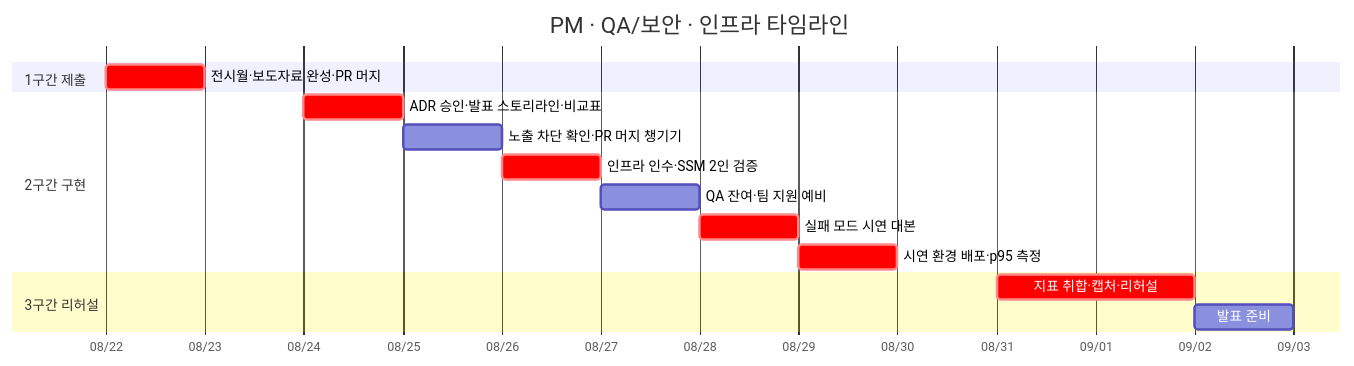
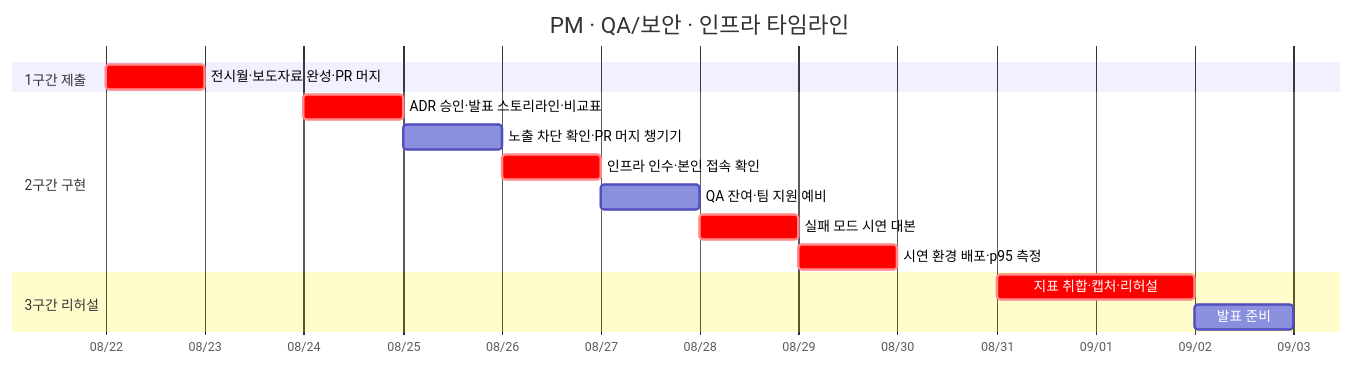
Before and after one commit to team-savers/savers-project: the diagram in docs/역할_일정/01-기획총괄.md, drawn with Mermaid. The commit also changed other lines of this file and 8 other files, not shown here.

````diff
--- a/docs/역할_일정/01-기획총괄.md
+++ b/docs/역할_일정/01-기획총괄.md
@@ -20,18 +20,18 @@
 ```mermaid
 gantt
     title PM · QA/보안 · 인프라 타임라인
     dateFormat YYYY-MM-DD
     axisFormat %m/%d
     section 1구간 제출
     전시월·보도자료 완성·PR 머지   :crit, 2026-08-22, 1d
     section 2구간 구현
     ADR 승인·발표 스토리라인·비교표 :crit, 2026-08-24, 1d
     노출 차단 확인·PR 머지 챙기기  :2026-08-25, 1d
-    인프라 인수·SSM 2인 검증      :crit, 2026-08-26, 1d
+    인프라 인수·본인 접속 확인     :crit, 2026-08-26, 1d
     QA 잔여·팀 지원 예비          :2026-08-27, 1d
     실패 모드 시연 대본           :crit, 2026-08-28, 1d
     시연 환경 배포·p95 측정       :crit, 2026-08-29, 1d
     section 3구간 리허설
     지표 취합·캡처·리허설         :crit, 2026-08-31, 2d
     발표 준비                    :2026-09-02, 1d
 ```
````
